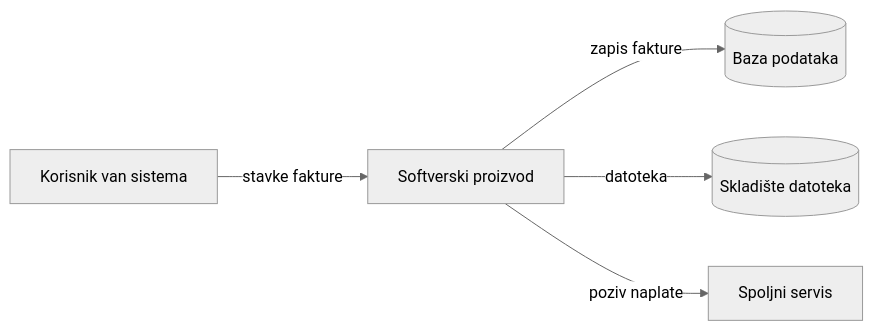
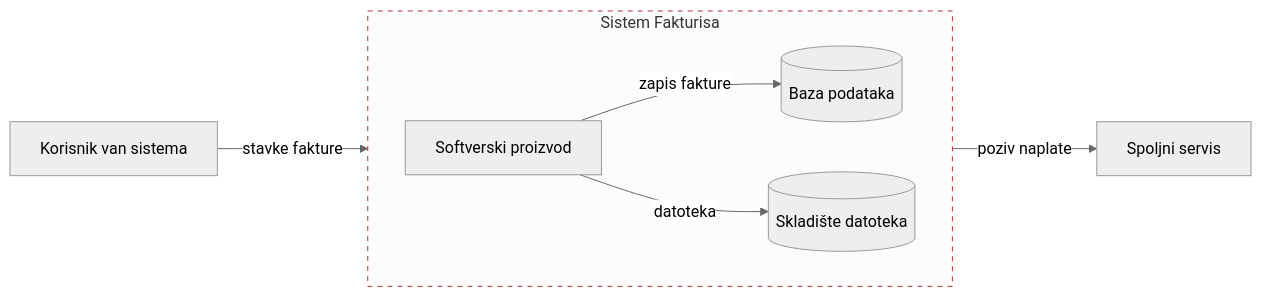
One commit to Moco2669/protection-and-recovery-subject-1 changed the first of 2 diagrams in konteksti/Fakturis.md. Above: the diagram before and after it, drawn with Mermaid (neutral theme). The commit also changed other lines of this file and 19 other files, not shown here.

````diff
--- a/konteksti/Fakturis.md
+++ b/konteksti/Fakturis.md
@@ -82,7 +86,16 @@
 ```mermaid
 flowchart LR
-  K["Korisnik van sistema"] -->|stavke fakture| APP["Softverski proizvod"]
-  APP -->|zapis fakture| DB[("Baza podataka")]
-  APP -->|datoteka| SD[("Skladište datoteka")]
-  APP -->|poziv naplate| SS["Spoljni servis"]
+  K["Korisnik van sistema"]
+  SS["Spoljni servis"]
+  subgraph fakturis["Sistem Fakturisa"]
+    direction LR
+    APP["Softverski proizvod"]
+    DB[("Baza podataka")]
+    SD[("Skladište datoteka")]
+  end
+  K -->|stavke fakture| APP
+  APP -->|zapis fakture| DB
+  APP -->|datoteka| SD
+  APP -->|poziv naplate| SS
+  style fakturis stroke:#b33,stroke-dasharray: 5 5
 ```
````
